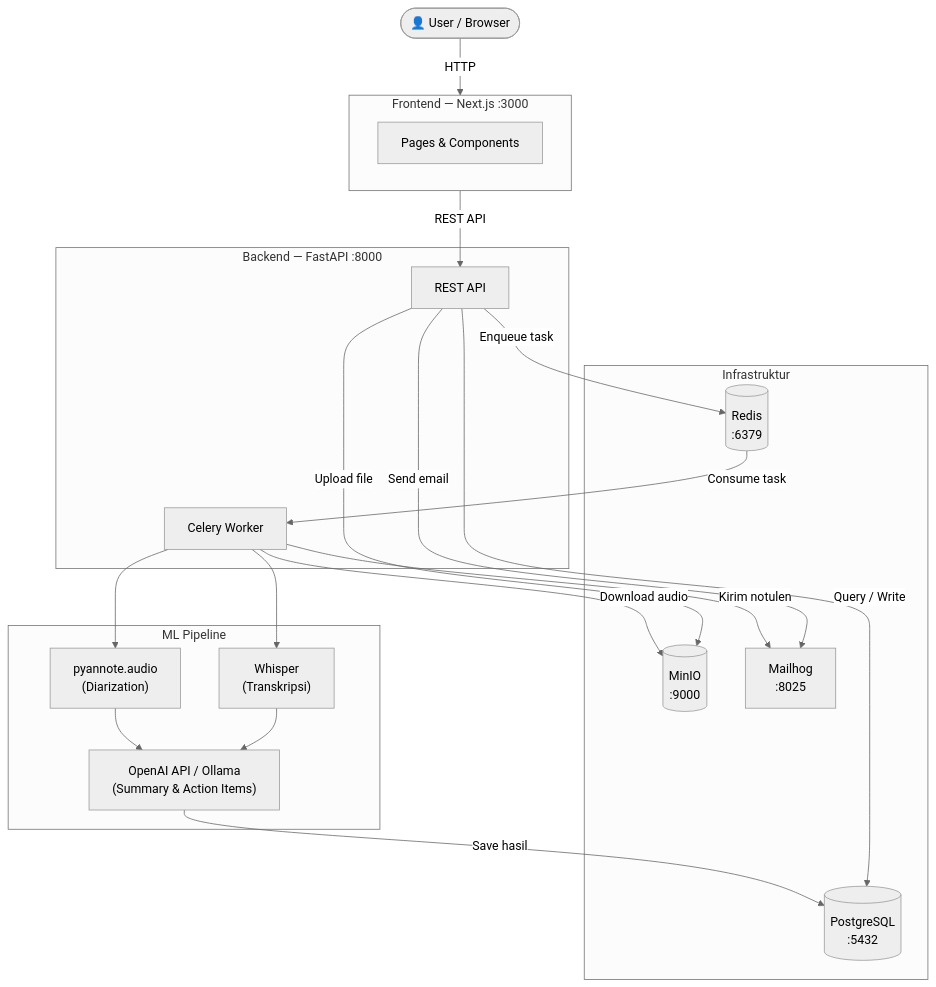
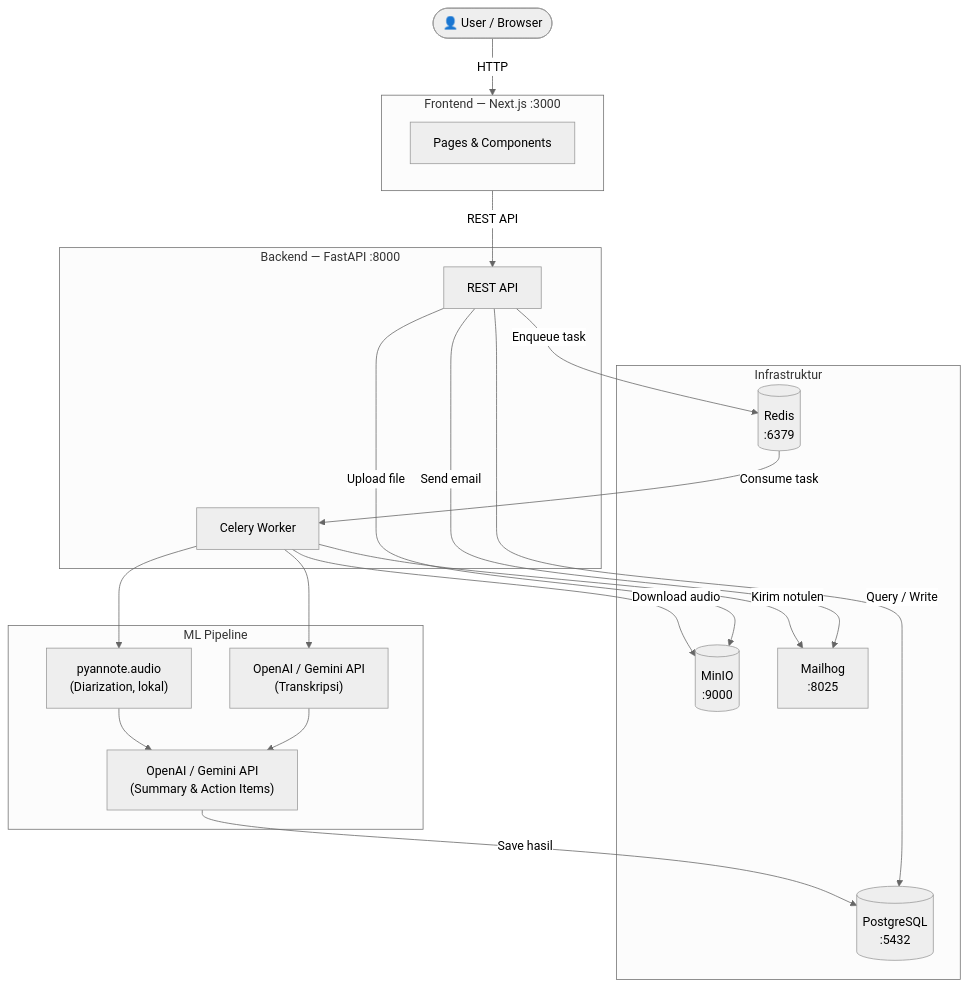
One commit to DS-Bengkod-23/Kioku changed the diagram in README.md. Above: the diagram before and after it, drawn with Mermaid (neutral theme). The commit also changed other lines of this file and 22 other files, not shown here.

````diff
--- a/README.md
+++ b/README.md
@@ -41,41 +41,41 @@
 ```mermaid
 flowchart TD
     User(["👤 User / Browser"])
 
     subgraph Frontend["Frontend — Next.js :3000"]
         UI["Pages & Components"]
     end
 
     subgraph Backend["Backend — FastAPI :8000"]
         API["REST API"]
         Worker["Celery Worker"]
     end
 
     subgraph ML["ML Pipeline"]
-        Whisper["Whisper\n(Transkripsi)"]
-        Pyannote["pyannote.audio\n(Diarization)"]
-        LLM["OpenAI API / Ollama\n(Summary & Action Items)"]
+        Transcribe["OpenAI / Gemini API\n(Transkripsi)"]
+        Pyannote["pyannote.audio\n(Diarization, lokal)"]
+        LLM["OpenAI / Gemini API\n(Summary & Action Items)"]
     end
 
     subgraph Infra["Infrastruktur"]
         PG[("PostgreSQL\n:5432")]
         Redis[("Redis\n:6379")]
         MinIO[("MinIO\n:9000")]
         Mailhog["Mailhog\n:8025"]
     end
 
     User -->|HTTP| Frontend
     Frontend -->|REST API| API
     API -->|Query / Write| PG
     API -->|Upload file| MinIO
     API -->|Enqueue task| Redis
     API -->|Send email| Mailhog
     Redis -->|Consume task| Worker
     Worker -->|Download audio| MinIO
-    Worker --> Whisper
+    Worker --> Transcribe
     Worker --> Pyannote
-    Whisper --> LLM
+    Transcribe --> LLM
     Pyannote --> LLM
     LLM -->|Save hasil| PG
     Worker -->|Kirim notulen| Mailhog
 ```
````
